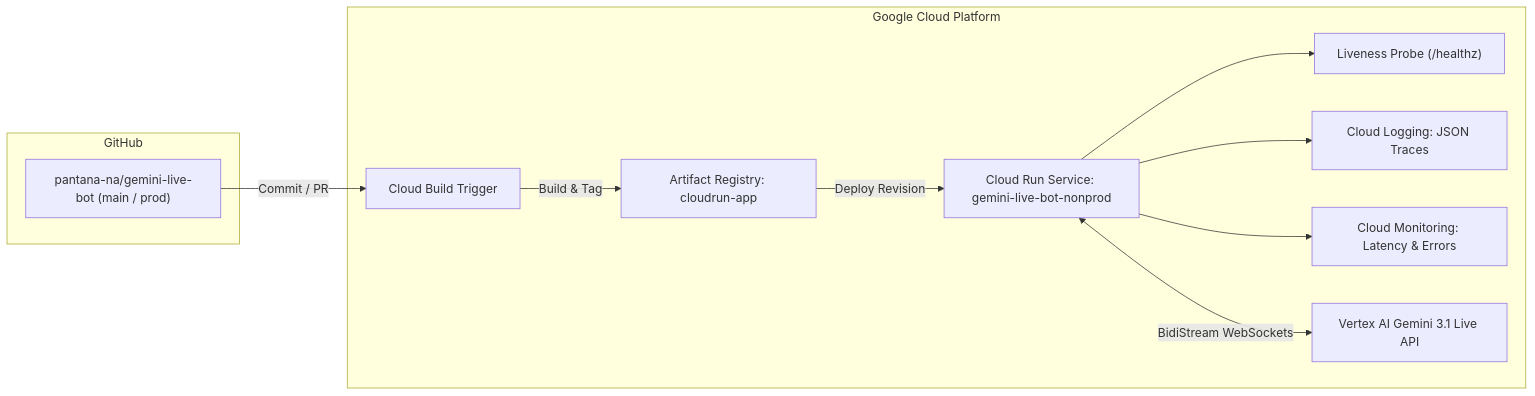
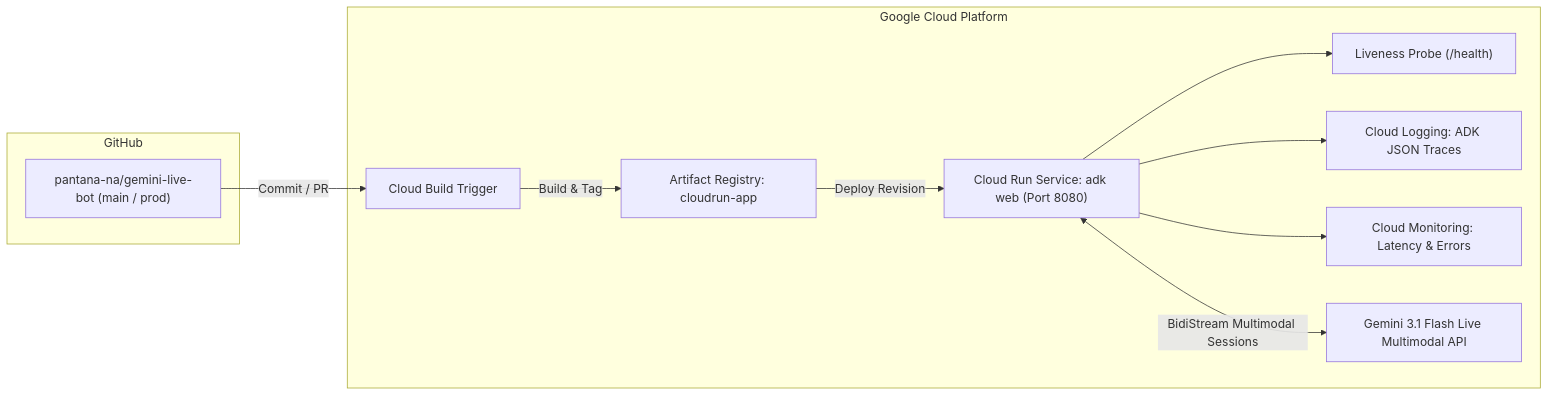
Before and after one commit to pantana-na/gemini-live-bot: the diagram in docs/gemini-live-bot-architecture.md, drawn with Mermaid. The commit also changed other lines of this file and 5 other files, not shown here.

Commit message:
docs: consolidate runtime to single ADK web server and update architecture designs

````diff
--- a/docs/gemini-live-bot-architecture.md
+++ b/docs/gemini-live-bot-architecture.md
@@ -129,24 +130,24 @@
 ```mermaid
 flowchart LR
     subgraph GitHub
         Repo["pantana-na/gemini-live-bot (main / prod)"]
     end
 
     subgraph Google Cloud Platform
         CB[Cloud Build Trigger]
         AR[Artifact Registry: cloudrun-app]
-        CR[Cloud Run Service: gemini-live-bot-nonprod]
-        LP["Liveness Probe (/healthz)"]
-        CL[Cloud Logging: JSON Traces]
+        CR["Cloud Run Service: adk web (Port 8080)"]
+        LP["Liveness Probe (/health)"]
+        CL[Cloud Logging: ADK JSON Traces]
         CM[Cloud Monitoring: Latency & Errors]
-        VAI[Vertex AI Gemini 3.1 Live API]
+        VAI[Gemini 3.1 Flash Live Multimodal API]
     end
 
     Repo -->|Commit / PR| CB
     CB -->|Build & Tag| AR
     AR -->|Deploy Revision| CR
     CR --> LP
     CR --> CL
     CR --> CM
-    CR <-->|BidiStream WebSockets| VAI
+    CR <-->|BidiStream Multimodal Sessions| VAI
 ```
````
